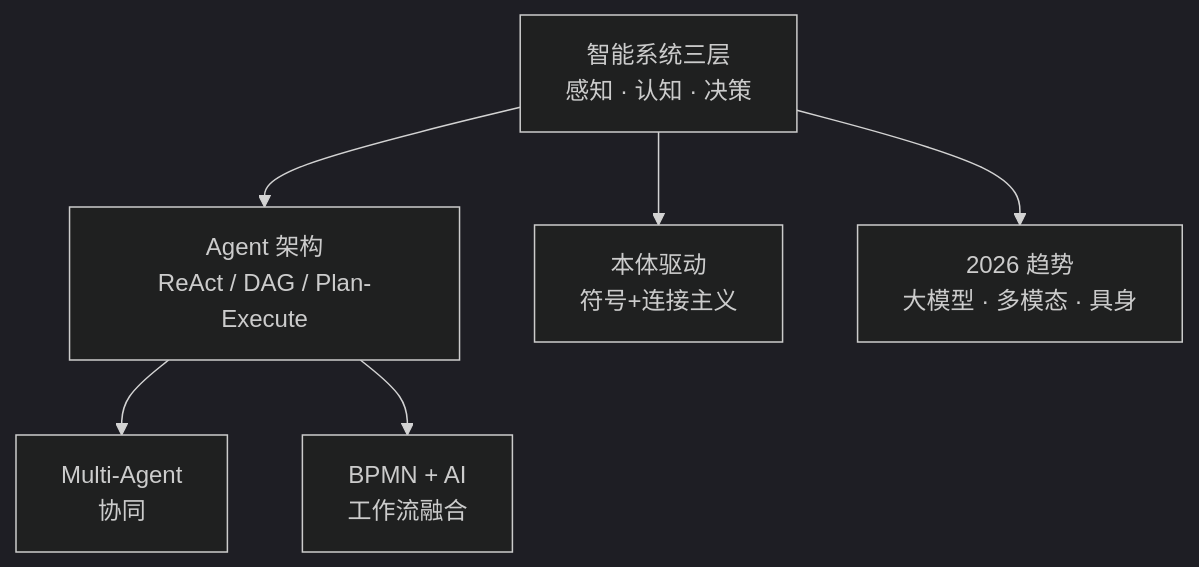
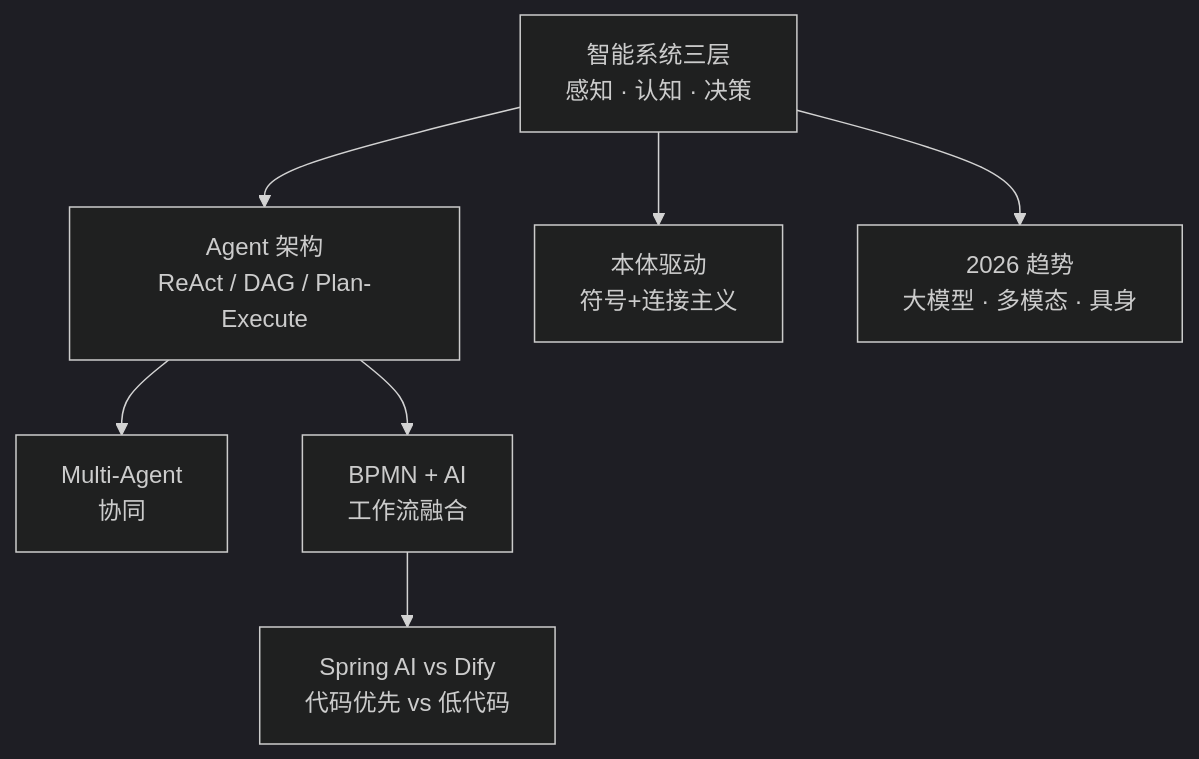
One commit to wb04307201/wb04307201 changed the diagram in note/11.ai/04-architecture/README.md. Above: the diagram before and after it, drawn with Mermaid (dark theme). The commit also changed other lines of this file and 4 other files, not shown here.

````diff
--- a/note/11.ai/04-architecture/README.md
+++ b/note/11.ai/04-architecture/README.md
@@ -33,8 +34,9 @@
 ```mermaid
 graph TB
     A[智能系统三层<br/>感知 · 认知 · 决策] --> B[Agent 架构<br/>ReAct / DAG / Plan-Execute]
     B --> C[Multi-Agent<br/>协同]
     A --> D[本体驱动<br/>符号+连接主义]
     B --> E[BPMN + AI<br/>工作流融合]
     A --> F[2026 趋势<br/>大模型 · 多模态 · 具身]
+    E --> G[Spring AI vs Dify<br/>代码优先 vs 低代码]
 ```
````
